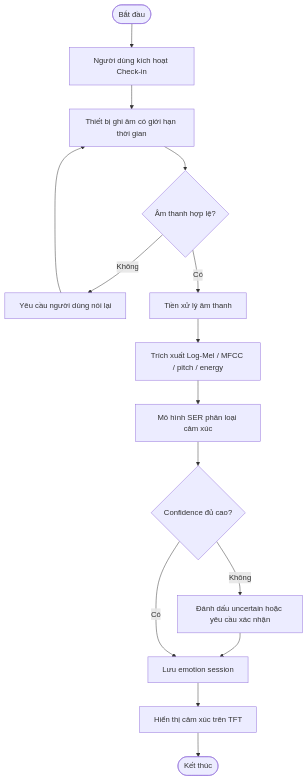
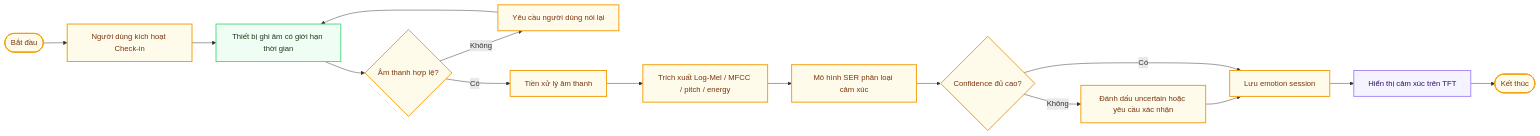
Before and after one commit to Computer-Vision-HCMUS/AIoT-Server: the fourth of 12 diagrams in docs/Spectification/EmotiCareAIoT/03_Objectives.md, drawn with Mermaid. The commit also changed other lines of this file and 88 other files, not shown here.

````diff
--- a/docs/Spectification/EmotiCareAIoT/03_Objectives.md
+++ b/docs/Spectification/EmotiCareAIoT/03_Objectives.md
@@ -158,23 +202,34 @@
 ```mermaid
-flowchart TD
+flowchart LR
     Start([Bắt đầu])
     Activate["Người dùng kích hoạt Check-in"]
     Record["Thiết bị ghi âm có giới hạn thời gian"]
     Valid{"Âm thanh hợp lệ?"}
     Retry["Yêu cầu người dùng nói lại"]
     Preprocess["Tiền xử lý âm thanh"]
     Feature["Trích xuất Log-Mel / MFCC / pitch / energy"]
     Infer["Mô hình SER phân loại cảm xúc"]
     Confidence{"Confidence đủ cao?"}
     Uncertain["Đánh dấu uncertain hoặc yêu cầu xác nhận"]
     Save["Lưu emotion session"]
     Display["Hiển thị cảm xúc trên TFT"]
     End([Kết thúc])
 
     Start --> Activate --> Record --> Valid
     Valid -- "Không" --> Retry --> Record
     Valid -- "Có" --> Preprocess --> Feature --> Infer --> Confidence
     Confidence -- "Không" --> Uncertain --> Save
     Confidence -- "Có" --> Save
     Save --> Display --> End
+
+
+    classDef userNode stroke:#818cf8,fill:#eef2ff,stroke-width:2px,color:#1e1b4b
+    classDef edgeNode stroke:#a78bfa,fill:#f5f3ff,stroke-width:2px,color:#2e1065
+    classDef cacheNode stroke:#2dd4bf,fill:#f0fdfa,stroke-width:2px,color:#0d5a57
+    classDef cloudNode stroke:#38bdf8,fill:#f0f9ff,stroke-width:2px,color:#0c3d67
+    classDef serviceNode stroke:#4ade80,fill:#f0fdf4,stroke-width:2px,color:#1a3a1a
+    classDef actionNode stroke:#f59e0b,fill:#fffbeb,stroke-width:2px,color:#78350f
+    class Display edgeNode
+    class Record serviceNode
+    class Start,Activate,Valid,Retry,Preprocess,Feature,Infer,Confidence,Uncertain,Save,End actionNode
 ```
````
